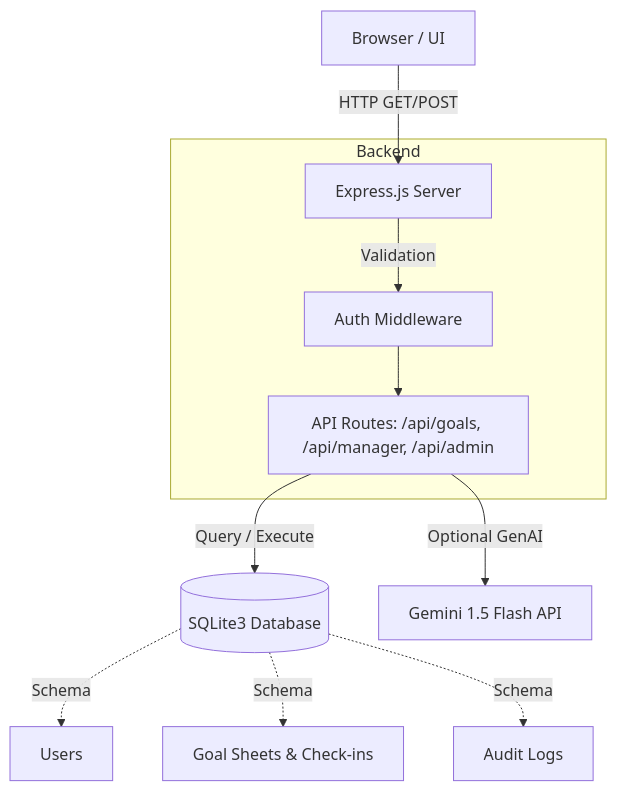
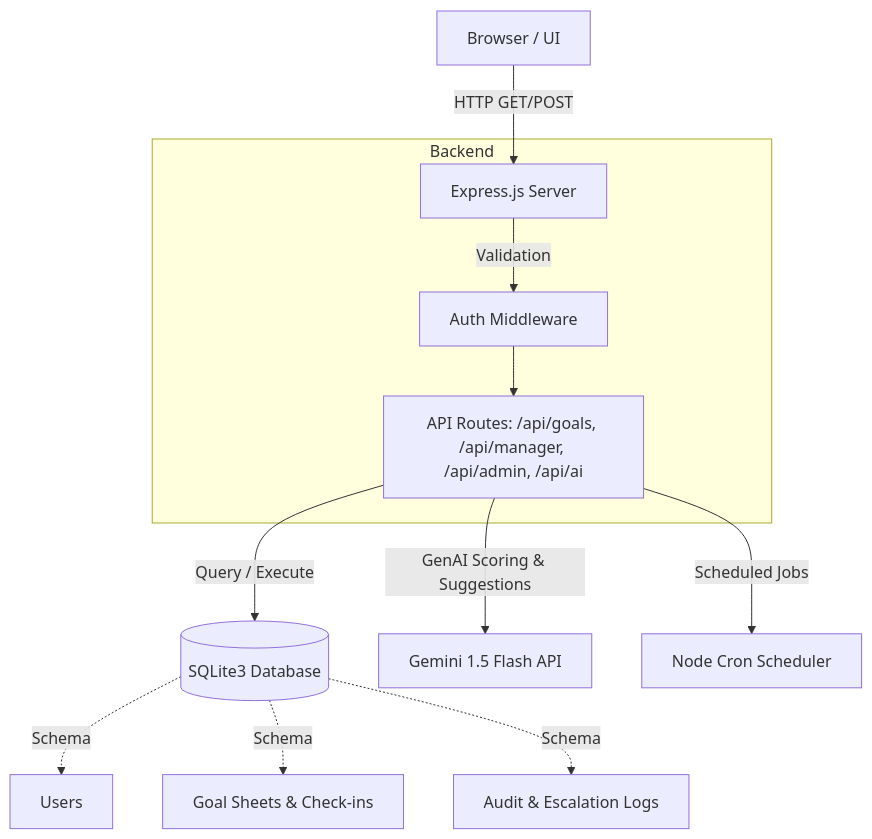
One commit to Swanand08/atomberg-atomquest changed the diagram in README.md. Above: the diagram before and after it, drawn with Mermaid. The commit also changed other lines of this file and 17 other files, not shown here.

Commit message:
feat(enterprise): integrate SMART goal scoring engine, dual-auth support, automated escalations cron hub, and Entra ID SSO gateway

````diff
--- a/README.md
+++ b/README.md
@@ -114,16 +118,17 @@
 ```mermaid
 graph TD
     Client[Browser / UI] -->|HTTP GET/POST| Express[Express.js Server]
     
     subgraph Backend
         Express -->|Validation| Auth[Auth Middleware]
-        Auth --> Routes[API Routes: /api/goals, /api/manager, /api/admin]
+        Auth --> Routes[API Routes: /api/goals, /api/manager, /api/admin, /api/ai]
     end
 
     Routes -->|Query / Execute| DB[(SQLite3 Database)]
-    Routes -->|Optional GenAI| Gemini[Gemini 1.5 Flash API]
+    Routes -->|GenAI Scoring & Suggestions| Gemini[Gemini 1.5 Flash API]
+    Routes -->|Scheduled Jobs| Cron[Node Cron Scheduler]
     
     DB -.->|Schema| Users[Users]
     DB -.->|Schema| Goals[Goal Sheets & Check-ins]
-    DB -.->|Schema| Logs[Audit Logs]
+    DB -.->|Schema| Logs[Audit & Escalation Logs]
 ```
````
